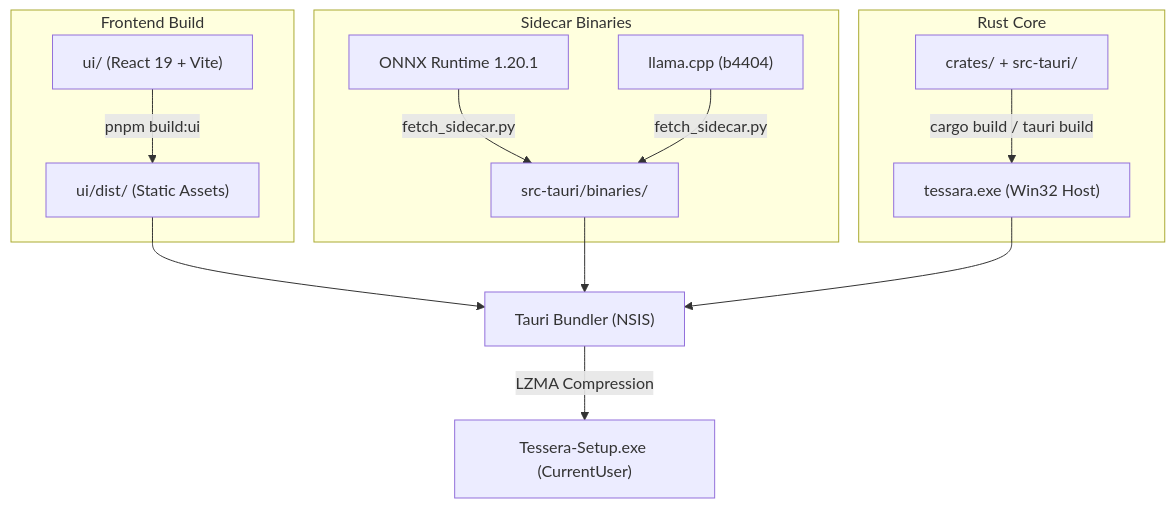
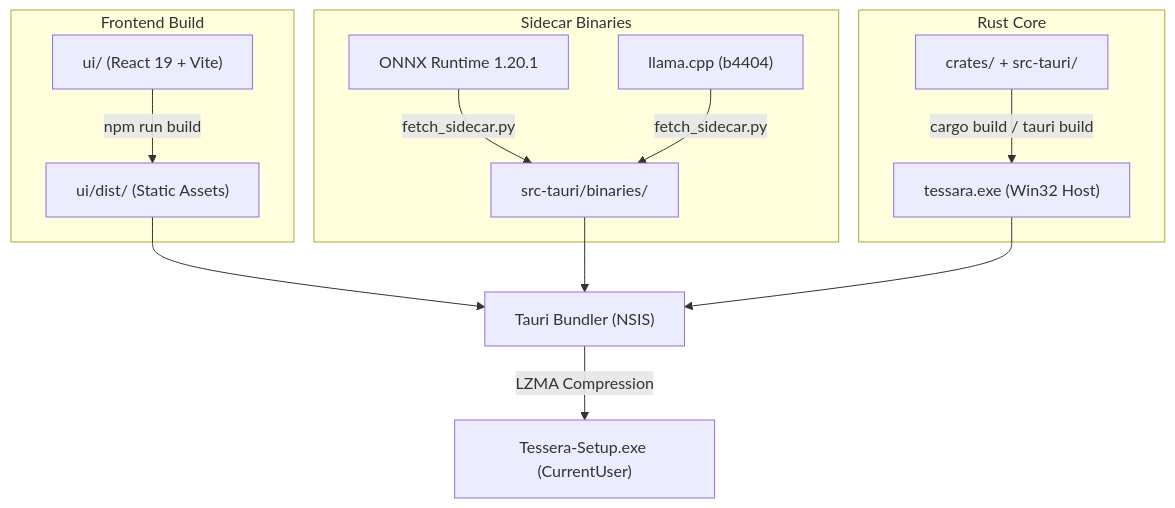
One commit to webex042/Tessera changed the diagram in docs-site/deployment/packaging.md. Above: the diagram before and after it, drawn with Mermaid. The commit also changed other lines of this file and 61 other files, not shown here.

````diff
--- a/docs-site/deployment/packaging.md
+++ b/docs-site/deployment/packaging.md
@@ -10,17 +10,17 @@
 ```mermaid
 flowchart TD
     subgraph Frontend["Frontend Build"]
-        UI["ui/ (React 19 + Vite)"] -->|pnpm build:ui| DIST["ui/dist/ (Static Assets)"]
+        UI["ui/ (React 19 + Vite)"] -->|npm run build| DIST["ui/dist/ (Static Assets)"]
     end
 
     subgraph Sidecars["Sidecar Binaries"]
         ORT["ONNX Runtime 1.20.1"] & LLAMA["llama.cpp (b4404)"] -->|fetch_sidecar.py| BINS["src-tauri/binaries/"]
     end
 
     subgraph Backend["Rust Core"]
         CORE["crates/ + src-tauri/"] -->|cargo build / tauri build| EXE["tessara.exe (Win32 Host)"]
     end
 
     DIST & BINS & EXE --> BUNDLE["Tauri Bundler (NSIS)"]
     BUNDLE -->|LZMA Compression| INSTALLER["Tessera-Setup.exe (CurrentUser)"]
 ```
````
